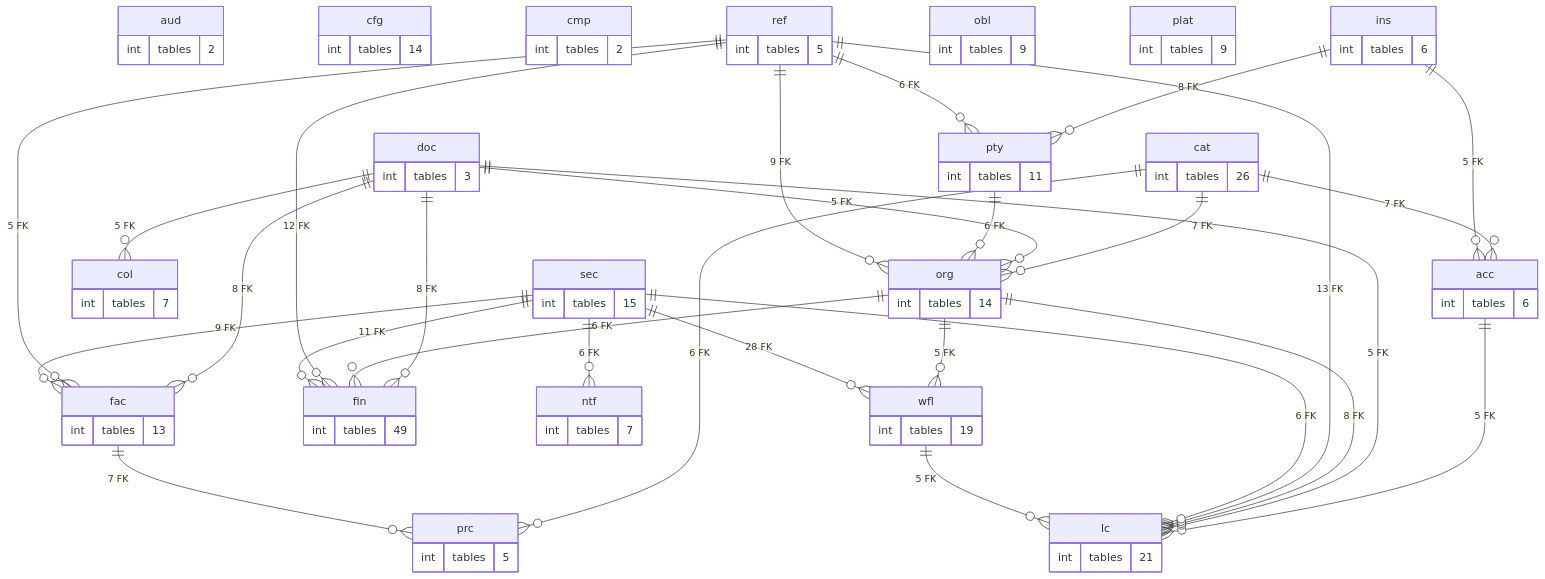
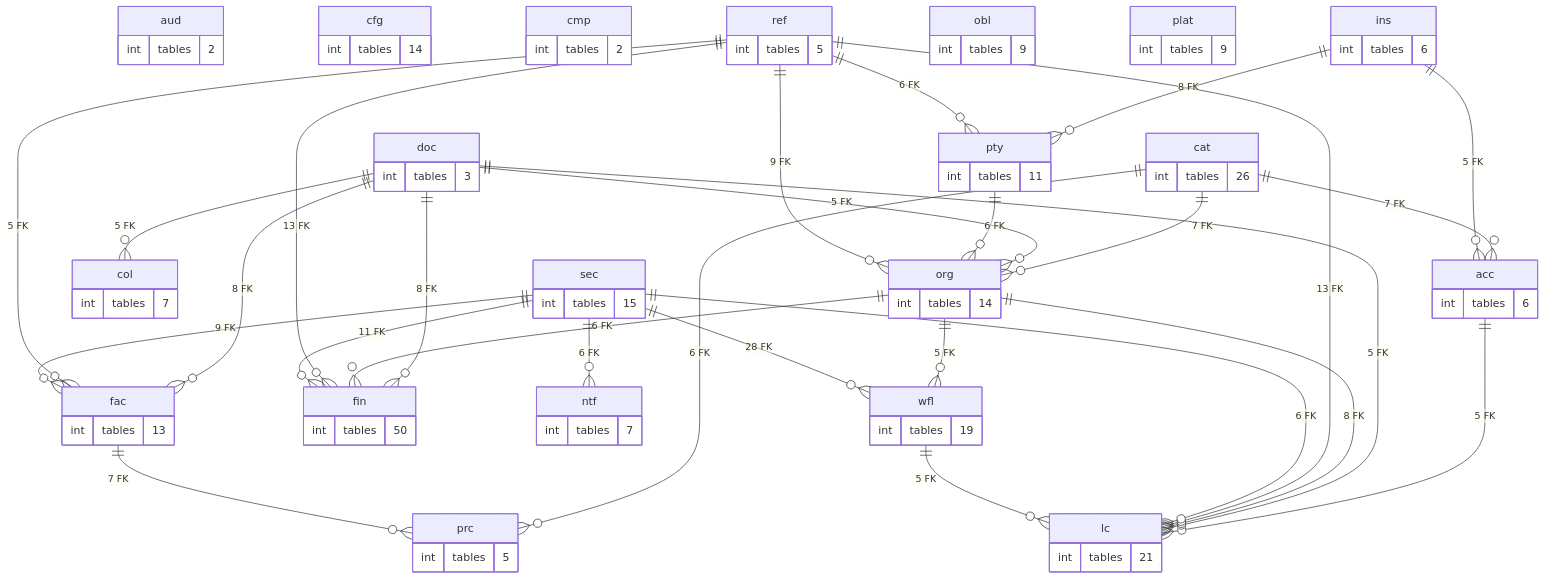
One commit to thawrasy/smartlines changed the diagram in treasury-platform/docs/diagrams/erd/schema_map.mmd. Above: the diagram before and after it, drawn with Mermaid. The commit also changed 194 other files, not shown here.

```diff
--- a/treasury-platform/docs/diagrams/erd/schema_map.mmd
+++ b/treasury-platform/docs/diagrams/erd/schema_map.mmd
@@ -1,89 +1,89 @@
 %% خريطة المخططات: العلاقة = عدد المفاتيح الأجنبية بين المخططين (≥ 5)
 erDiagram
   acc {
     int tables "6"
   }
   aud {
     int tables "2"
   }
   cat {
     int tables "26"
   }
   cfg {
     int tables "14"
   }
   cmp {
     int tables "2"
   }
   col {
     int tables "7"
   }
   doc {
     int tables "3"
   }
   fac {
     int tables "13"
   }
   fin {
-    int tables "49"
+    int tables "50"
   }
   ins {
     int tables "6"
   }
   lc {
     int tables "21"
   }
   ntf {
     int tables "7"
   }
   obl {
     int tables "9"
   }
   org {
     int tables "14"
   }
   plat {
     int tables "9"
   }
   prc {
     int tables "5"
   }
   pty {
     int tables "11"
   }
   ref {
     int tables "5"
   }
   sec {
     int tables "15"
   }
   wfl {
     int tables "19"
   }
   acc ||--o{ lc : "5 FK"
   cat ||--o{ acc : "7 FK"
   cat ||--o{ org : "7 FK"
   cat ||--o{ prc : "6 FK"
   doc ||--o{ col : "5 FK"
   doc ||--o{ fac : "8 FK"
   doc ||--o{ fin : "8 FK"
   doc ||--o{ lc : "5 FK"
   doc ||--o{ org : "5 FK"
   fac ||--o{ prc : "7 FK"
   ins ||--o{ acc : "5 FK"
   ins ||--o{ pty : "8 FK"
   org ||--o{ fin : "6 FK"
   org ||--o{ lc : "8 FK"
   org ||--o{ wfl : "5 FK"
   pty ||--o{ org : "6 FK"
   ref ||--o{ fac : "5 FK"
-  ref ||--o{ fin : "12 FK"
+  ref ||--o{ fin : "13 FK"
   ref ||--o{ lc : "13 FK"
   ref ||--o{ org : "9 FK"
   ref ||--o{ pty : "6 FK"
   sec ||--o{ fac : "9 FK"
   sec ||--o{ fin : "11 FK"
   sec ||--o{ lc : "6 FK"
   sec ||--o{ ntf : "6 FK"
   sec ||--o{ wfl : "28 FK"
   wfl ||--o{ lc : "5 FK"
```
